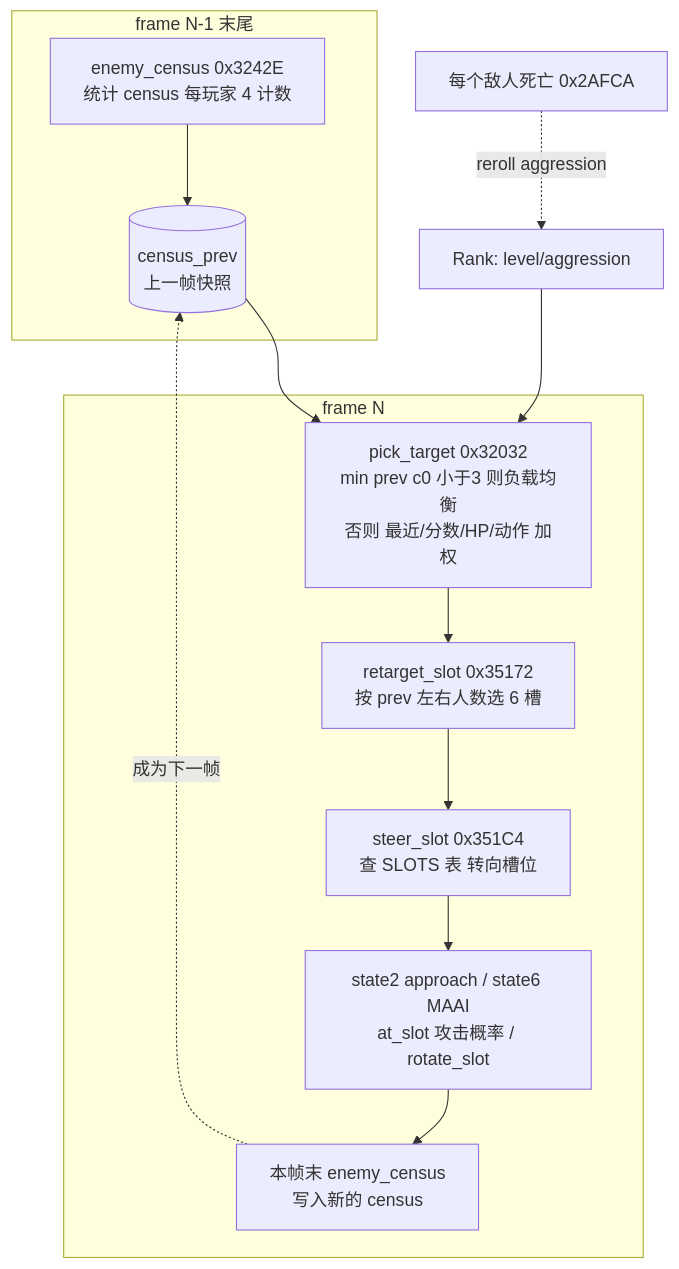
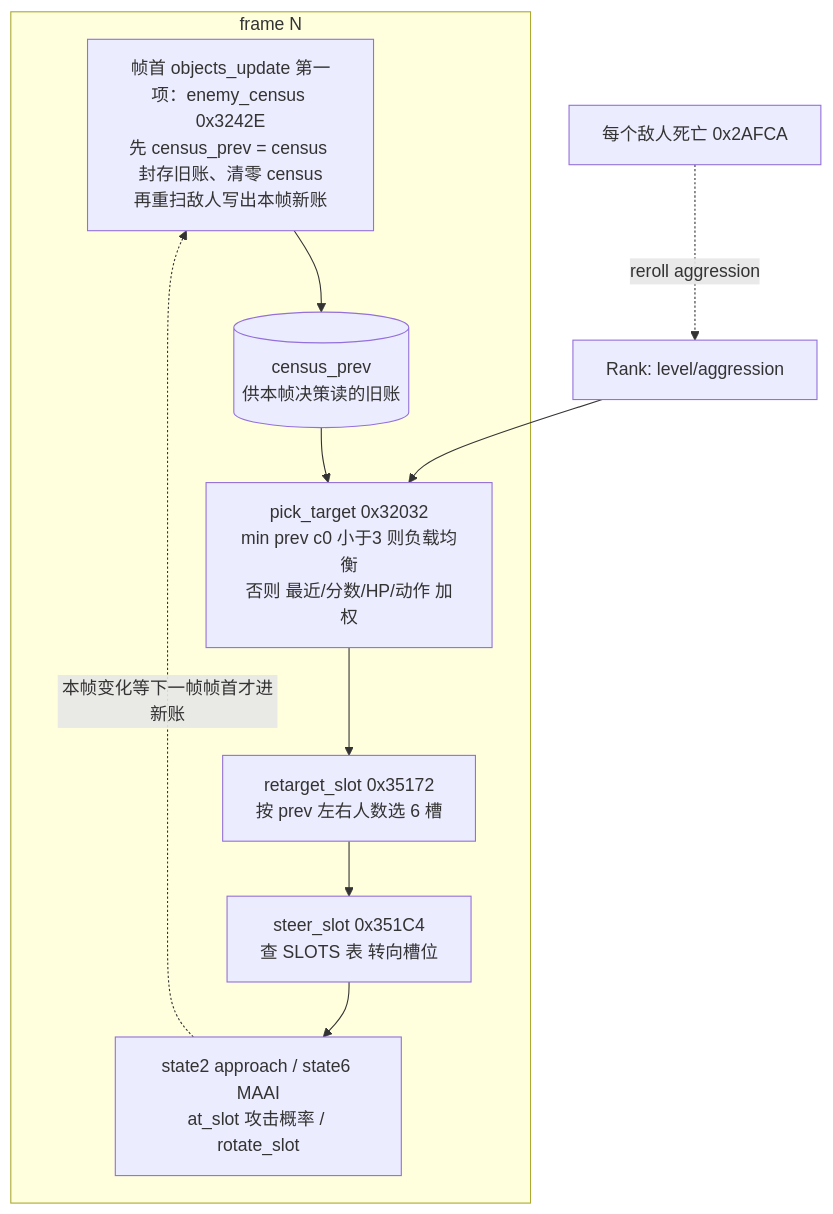
The third of 22 diagrams in notes/01-early.md (OrochiZ/cadillacs-and-dinosaurs-rust-remake), drawn with Mermaid before and after one commit. The commit also changed other lines of this file and 3 other files, not shown here.

````diff
--- a/notes/01-early.md
+++ b/notes/01-early.md
@@ -229,16 +231,13 @@
 ```mermaid
 flowchart TD
-    subgraph FN1[frame N-1 末尾]
-    C1[enemy_census 0x3242E<br/>统计 census 每玩家 4 计数] --> CP[(census_prev<br/>上一帧快照)]
-    end
     subgraph FN[frame N]
+    C1["帧首 objects_update 第一项：enemy_census 0x3242E<br/>先 census_prev = census 封存旧账、清零 census<br/>再重扫敌人写出本帧新账"] --> CP[(census_prev<br/>供本帧决策读的旧账)]
     CP --> PT[pick_target 0x32032<br/>min prev c0 小于3 则负载均衡<br/>否则 最近/分数/HP/动作 加权]
     PT --> RS[retarget_slot 0x35172<br/>按 prev 左右人数选 6 槽]
     RS --> SS[steer_slot 0x351C4<br/>查 SLOTS 表 转向槽位]
     SS --> MV[state2 approach / state6 MAAI<br/>at_slot 攻击概率 / rotate_slot]
-    MV --> C2[本帧末 enemy_census<br/>写入新的 census]
     end
-    C2 -.成为下一帧.-> CP
+    MV -.本帧变化等下一帧帧首才进新账.-> C1
     K[每个敌人死亡 0x2AFCA] -.reroll aggression.-> R[Rank: level/aggression]
     R --> PT
 ```
````
